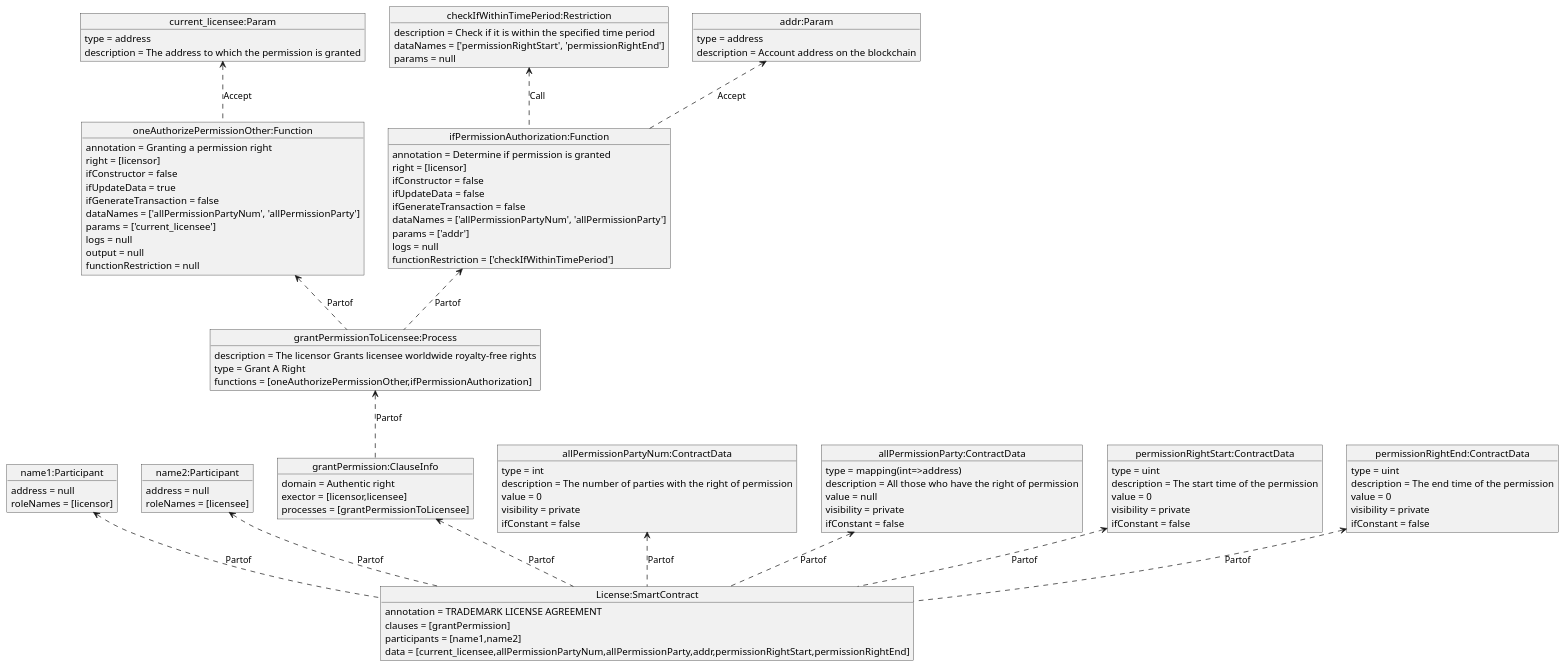
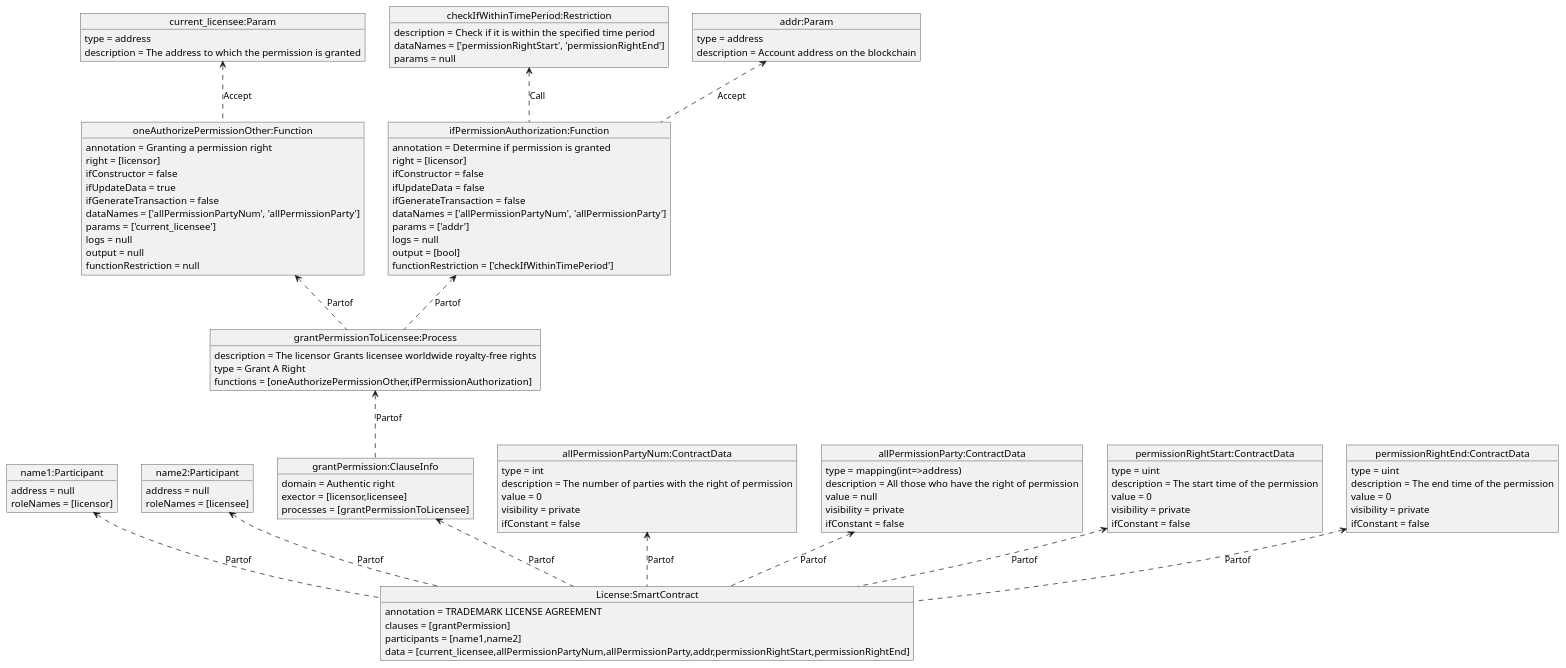
One commit to HIT-LWY/sc_MDA_code changed the diagram in plantUML_dia/a_result.puml. Above: the diagram before and after it, drawn with PlantUML. The commit also changed 2 other files, not shown here.

```diff
--- a/plantUML_dia/a_result.puml
+++ b/plantUML_dia/a_result.puml
@@ -1,89 +1,90 @@
 @startuml
 object "License:SmartContract" as License
 License : annotation = TRADEMARK LICENSE AGREEMENT
 License : clauses = [grantPermission]
 License : participants = [name1,name2]
 License : data = [current_licensee,allPermissionPartyNum,allPermissionParty,addr,permissionRightStart,permissionRightEnd]
 object "name1:Participant" as name1
 name1 : address = null
 name1 : roleNames = [licensor]
 object "name2:Participant" as name2
 name2 : address = null
 name2 : roleNames = [licensee]
 object "grantPermission:ClauseInfo" as grantPermission
 grantPermission : domain = Authentic right
 grantPermission : exector = [licensor,licensee]
 grantPermission : processes = [grantPermissionToLicensee]
 object "grantPermissionToLicensee:Process" as grantPermissionToLicensee
 grantPermissionToLicensee : description = The licensor Grants licensee worldwide royalty-free rights
 grantPermissionToLicensee : type = Grant A Right
 grantPermissionToLicensee : functions = [oneAuthorizePermissionOther,ifPermissionAuthorization]
 object "oneAuthorizePermissionOther:Function" as oneAuthorizePermissionOther
 oneAuthorizePermissionOther : annotation = Granting a permission right
 oneAuthorizePermissionOther : right = [licensor]
 oneAuthorizePermissionOther : ifConstructor = false
 oneAuthorizePermissionOther : ifUpdateData = true
 oneAuthorizePermissionOther : ifGenerateTransaction = false
 oneAuthorizePermissionOther : dataNames = ['allPermissionPartyNum', 'allPermissionParty']
 oneAuthorizePermissionOther : params = ['current_licensee']
 oneAuthorizePermissionOther : logs = null
 oneAuthorizePermissionOther : output = null
 oneAuthorizePermissionOther : functionRestriction = null
 object "ifPermissionAuthorization:Function" as ifPermissionAuthorization
 ifPermissionAuthorization : annotation = Determine if permission is granted
 ifPermissionAuthorization : right = [licensor]
 ifPermissionAuthorization : ifConstructor = false
 ifPermissionAuthorization : ifUpdateData = false
 ifPermissionAuthorization : ifGenerateTransaction = false
 ifPermissionAuthorization : dataNames = ['allPermissionPartyNum', 'allPermissionParty']
 ifPermissionAuthorization : params = ['addr']
 ifPermissionAuthorization : logs = null
+ifPermissionAuthorization : output = [bool]
 ifPermissionAuthorization : functionRestriction = ['checkIfWithinTimePeriod']
 object "checkIfWithinTimePeriod:Restriction" as checkIfWithinTimePeriod
 checkIfWithinTimePeriod : description = Check if it is within the specified time period
 checkIfWithinTimePeriod : dataNames = ['permissionRightStart', 'permissionRightEnd']
 checkIfWithinTimePeriod : params = null
 object "allPermissionPartyNum:ContractData" as allPermissionPartyNum
 allPermissionPartyNum : type = int
 allPermissionPartyNum : description = The number of parties with the right of permission
 allPermissionPartyNum : value = 0
 allPermissionPartyNum : visibility = private
 allPermissionPartyNum : ifConstant = false
 object "allPermissionParty:ContractData" as allPermissionParty
 allPermissionParty : type = mapping(int=>address)
 allPermissionParty : description = All those who have the right of permission
 allPermissionParty : value = null
 allPermissionParty : visibility = private
 allPermissionParty : ifConstant = false
 object "permissionRightStart:ContractData" as permissionRightStart
 permissionRightStart : type = uint
 permissionRightStart : description = The start time of the permission
 permissionRightStart : value = 0
 permissionRightStart : visibility = private
 permissionRightStart : ifConstant = false
 object "permissionRightEnd:ContractData" as permissionRightEnd
 permissionRightEnd : type = uint
 permissionRightEnd : description = The end time of the permission
 permissionRightEnd : value = 0
 permissionRightEnd : visibility = private
 permissionRightEnd : ifConstant = false
 object "addr:Param" as addr
 addr : type = address
 addr : description = Account address on the blockchain
 object "current_licensee:Param" as current_licensee
 current_licensee : type = address
 current_licensee : description = The address to which the permission is granted
 name1<.. License: Partof
 name2<.. License: Partof
 grantPermission<.. License: Partof
 grantPermissionToLicensee<.. grantPermission: Partof
 oneAuthorizePermissionOther<.. grantPermissionToLicensee: Partof
 ifPermissionAuthorization<.. grantPermissionToLicensee: Partof
 checkIfWithinTimePeriod<.. ifPermissionAuthorization: Call
 allPermissionPartyNum<.. License: Partof
 allPermissionParty<.. License: Partof
 permissionRightStart<.. License: Partof
 permissionRightEnd<.. License: Partof
 current_licensee<..oneAuthorizePermissionOther: Accept
 addr<..ifPermissionAuthorization: Accept
 @enduml
```
